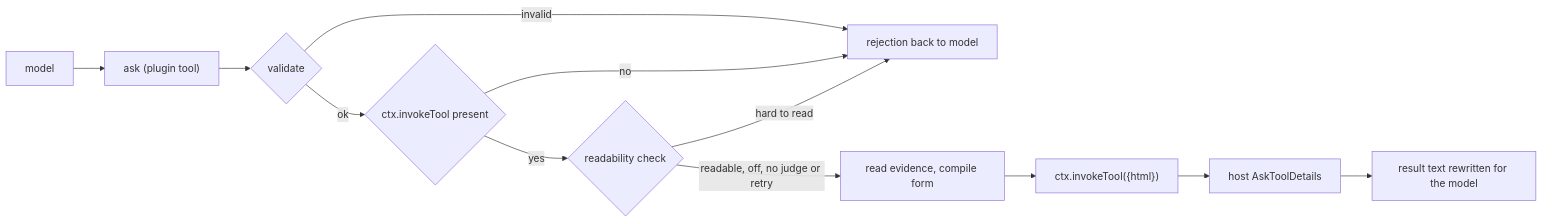
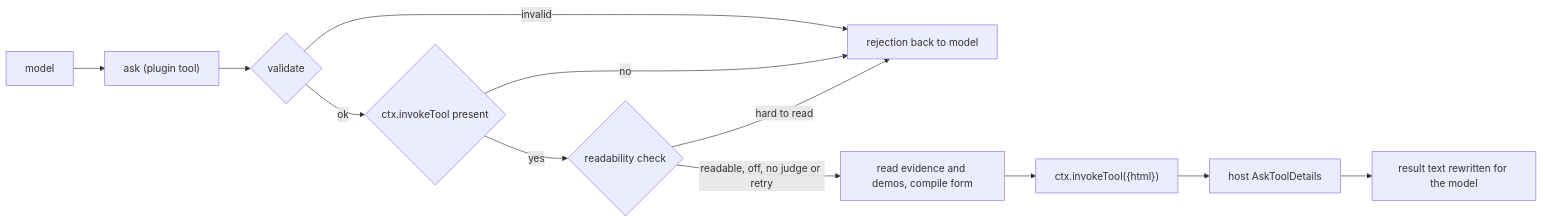
One commit to oh-my-omp/omp-ask-more changed the diagram in docs/design.md. Above: the diagram before and after it, drawn with Mermaid. The commit also changed other lines of this file and 12 other files, not shown here.

````diff
--- a/docs/design.md
+++ b/docs/design.md
@@ -22,14 +22,14 @@
 ```mermaid
 flowchart LR
   m[model] --> t["ask (plugin tool)"]
   t --> v{validate}
   v -- invalid --> e[rejection back to model]
   v -- ok --> i{"ctx.invokeTool present"}
   i -- no --> e
   i -- yes --> r{readability check}
   r -- "hard to read" --> e
-  r -- "readable, off, no judge or retry" --> f[read evidence, compile form]
+  r -- "readable, off, no judge or retry" --> f[read evidence and demos, compile form]
   f --> h["ctx.invokeTool({html})"]
   h --> a[host AskToolDetails]
   a --> x[result text rewritten for the model]
 ```
````
